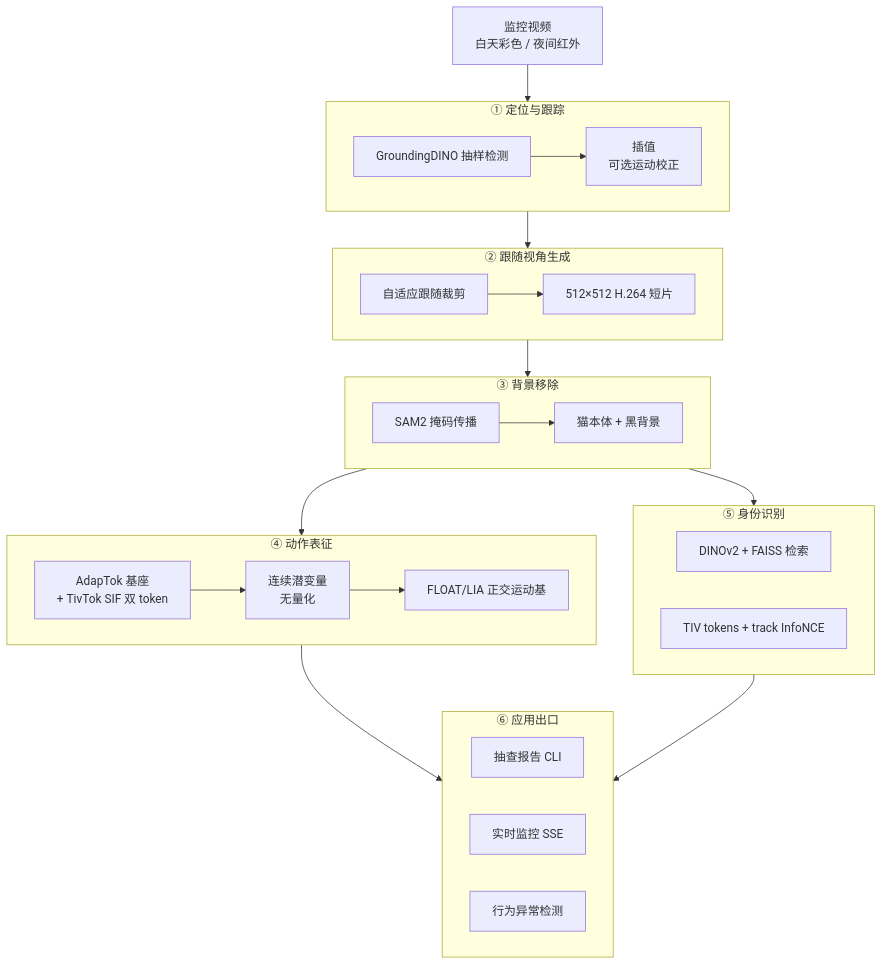
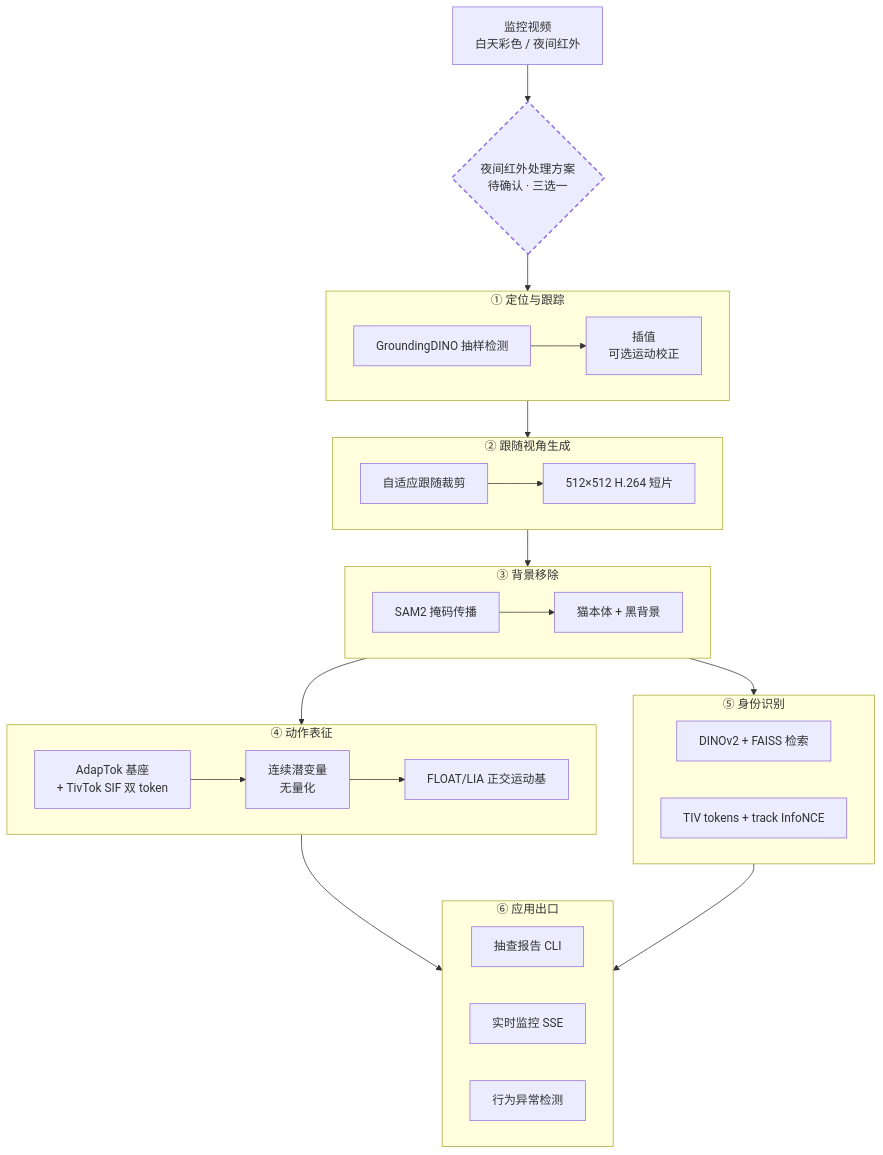
The first of 7 diagrams in management/docs/architecture.md (gongshangzheng/pet-action-recognition), drawn with Mermaid before and after one commit. The commit also changed other lines of this file, not shown here.

First line of the commit message:
docs(wiki): 记录待办——夜间红外处理方案（三选一，待确认）

````diff
--- a/management/docs/architecture.md
+++ b/management/docs/architecture.md
@@ -42,42 +42,45 @@
 ```mermaid
 flowchart TD
-    V[监控视频<br/>白天彩色 / 夜间红外] --> S1
+    V[监控视频<br/>白天彩色 / 夜间红外] --> IRQ{"夜间红外处理方案<br/>待确认 · 三选一"}
+    IRQ --> S1
 
     subgraph S1["① 定位与跟踪"]
         A1[GroundingDINO 抽样检测] --> A2[插值<br/>可选运动校正]
     end
 
     S1 --> S2
 
     subgraph S2["② 跟随视角生成"]
         B1[自适应跟随裁剪] --> B2[512×512 H.264 短片]
     end
 
     S2 --> S3
 
     subgraph S3["③ 背景移除"]
         C1[SAM2 掩码传播] --> C2[猫本体 + 黑背景]
     end
 
     S3 --> S4
     S3 --> S5
 
     subgraph S4["④ 动作表征"]
         D1[AdapTok 基座<br/>+ TivTok SIF 双 token] --> D2[连续潜变量<br/>无量化]
         D2 --> D3[FLOAT/LIA 正交运动基]
     end
 
     subgraph S5["⑤ 身份识别"]
         E1[DINOv2 + FAISS 检索]
         E2[TIV tokens + track InfoNCE]
     end
 
     S4 --> S6
     S5 --> S6
 
     subgraph S6["⑥ 应用出口"]
         F1[抽查报告 CLI]
         F2[实时监控 SSE]
         F3[行为异常检测]
     end
+
+    style IRQ stroke-dasharray: 6 4,stroke-width:2px
 ```
````
